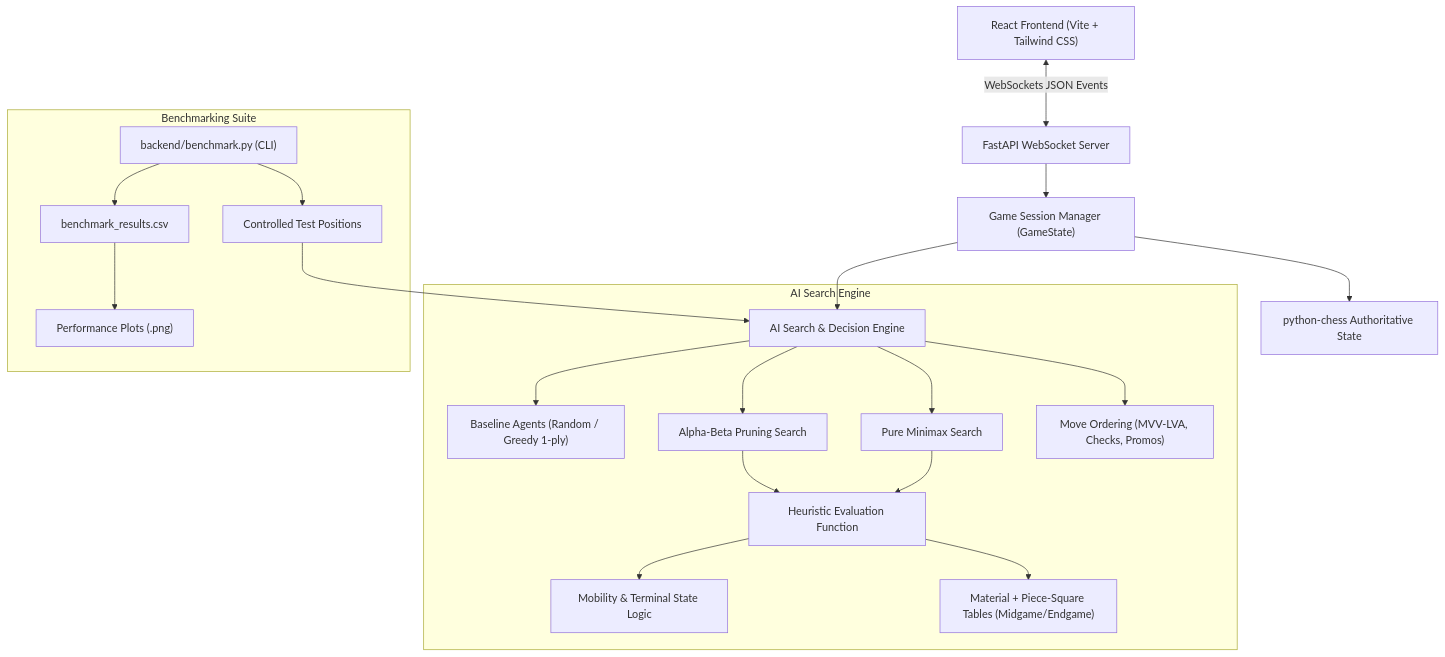
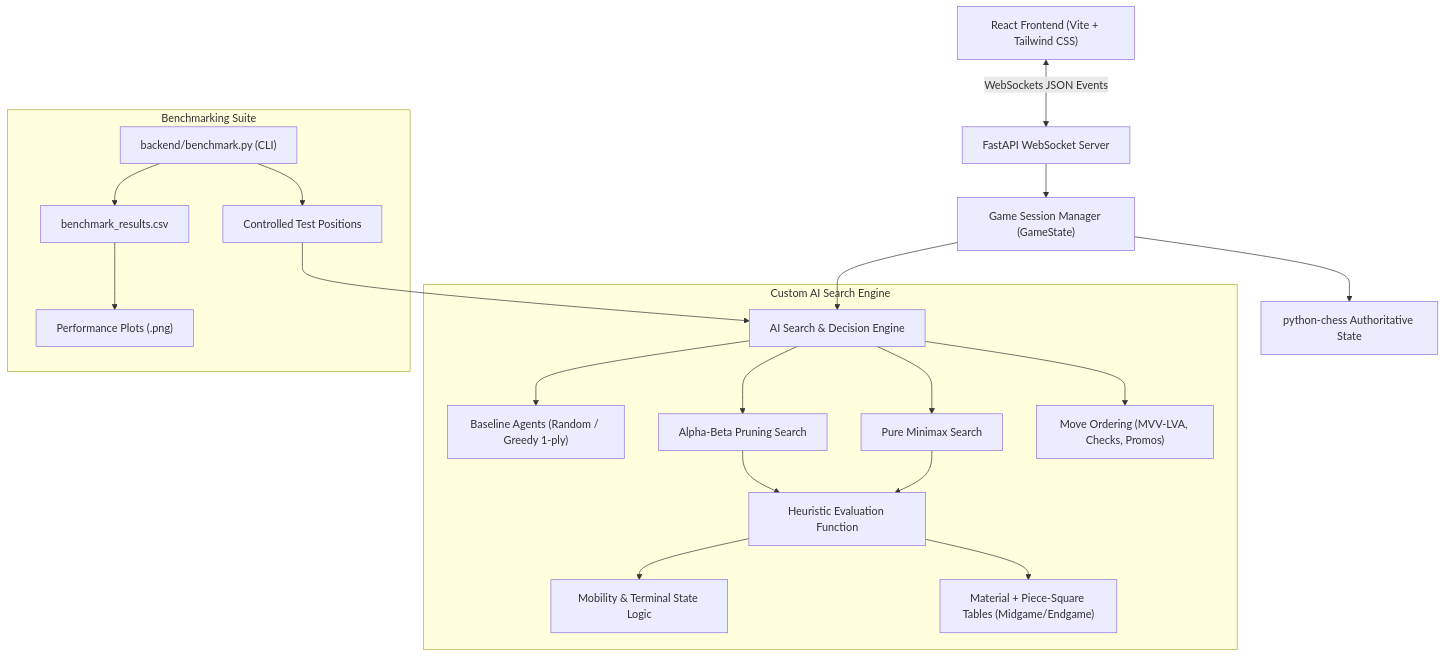
The diagram in README.md (nishant7002/chess-game), drawn with Mermaid before and after one commit. The commit also changed other lines of this file and 18 other files, not shown here.

````diff
--- a/README.md
+++ b/README.md
@@ -25,25 +25,25 @@
 ```mermaid
 flowchart TD
     Client["React Frontend (Vite + Tailwind CSS)"] <-->|WebSockets JSON Events| Server["FastAPI WebSocket Server"]
     Server --> GameMgr["Game Session Manager (GameState)"]
     GameMgr --> ChessBoard["python-chess Authoritative State"]
     GameMgr --> AIEngine["AI Search & Decision Engine"]
     
-    subgraph "AI Search Engine"
+    subgraph "Custom AI Search Engine"
         AIEngine --> MoveOrdering["Move Ordering (MVV-LVA, Checks, Promos)"]
         AIEngine --> Minimax["Pure Minimax Search"]
         AIEngine --> AlphaBeta["Alpha-Beta Pruning Search"]
         AIEngine --> Baseline["Baseline Agents (Random / Greedy 1-ply)"]
         Minimax --> Eval["Heuristic Evaluation Function"]
         AlphaBeta --> Eval
         Eval --> PST["Material + Piece-Square Tables (Midgame/Endgame)"]
         Eval --> Mobility["Mobility & Terminal State Logic"]
     end
     
     subgraph "Benchmarking Suite"
         BenchScript["backend/benchmark.py (CLI)"] --> TestPositions["Controlled Test Positions"]
         TestPositions --> AIEngine
         BenchScript --> CSVExport["benchmark_results.csv"]
         CSVExport --> MatplotlibPlots["Performance Plots (.png)"]
     end
 ```
````
